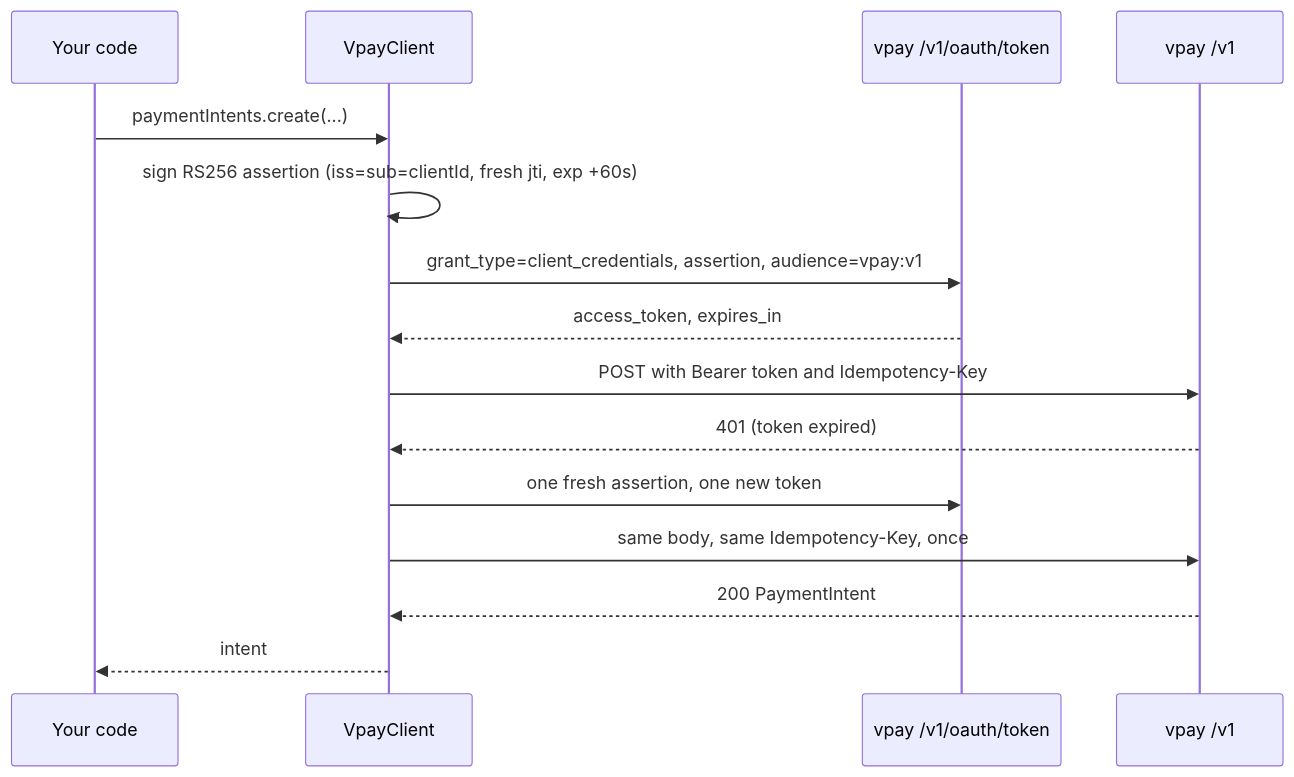
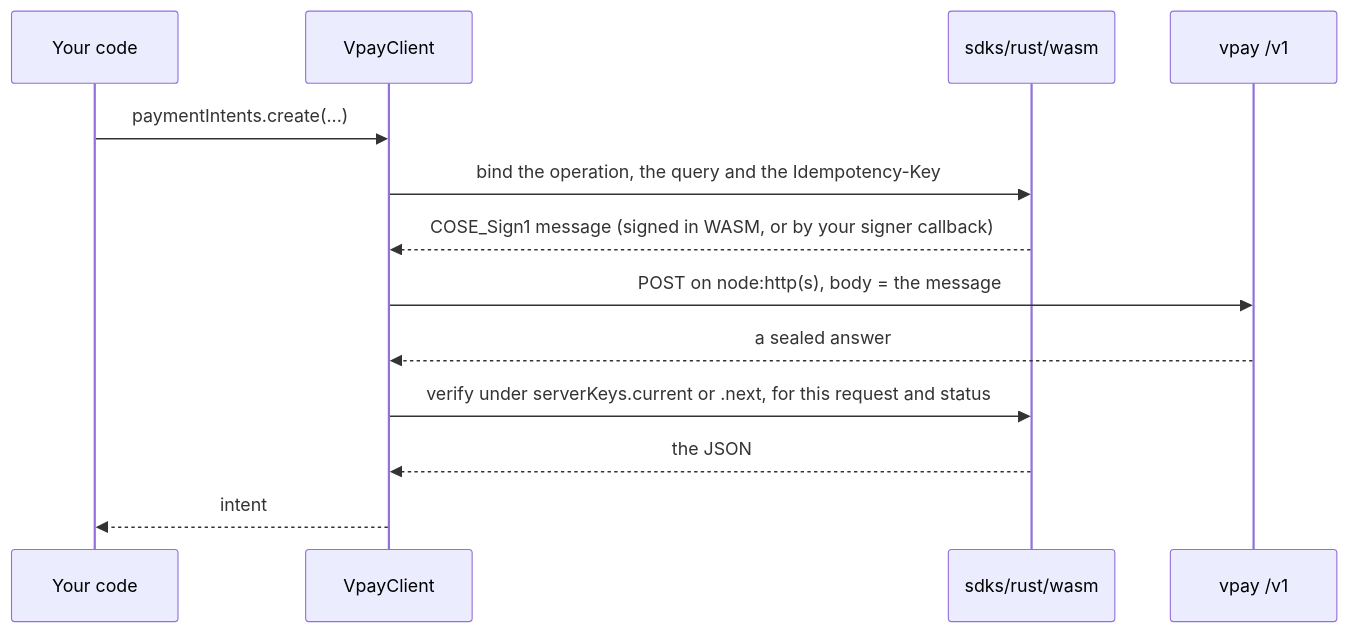
The diagram in docs/sdks/nodejs.md (vaam-apps/vpay-docs), drawn with Mermaid before and after one commit. The commit also changed other lines of this file and 29 other files, not shown here.

First line of the commit message:
docs: parity with vpay v0.16.0, re-read and signed (#35)

````diff
--- a/docs/sdks/nodejs.md
+++ b/docs/sdks/nodejs.md
@@ -58,17 +64,15 @@
 ```mermaid
 sequenceDiagram
   participant App as Your code
   participant SDK as VpayClient
-  participant OP as vpay /v1/oauth/token
+  participant W as sdks/rust/wasm
   participant API as vpay /v1
   App->>SDK: paymentIntents.create(...)
-  SDK->>SDK: sign RS256 assertion (iss=sub=clientId, fresh jti, exp +60s)
-  SDK->>OP: grant_type=client_credentials, assertion, audience=vpay:v1
-  OP-->>SDK: access_token, expires_in
-  SDK->>API: POST with Bearer token and Idempotency-Key
-  API-->>SDK: 401 (token expired)
-  SDK->>OP: one fresh assertion, one new token
-  SDK->>API: same body, same Idempotency-Key, once
-  API-->>SDK: 200 PaymentIntent
+  SDK->>W: bind the operation, the query and the Idempotency-Key
+  W-->>SDK: COSE_Sign1 message (signed in WASM, or by your signer callback)
+  SDK->>API: POST on node:http(s), body = the message
+  API-->>SDK: a sealed answer
+  SDK->>W: verify under serverKeys.current or .next, for this request and status
+  W-->>SDK: the JSON
   SDK-->>App: intent
 ```
````
